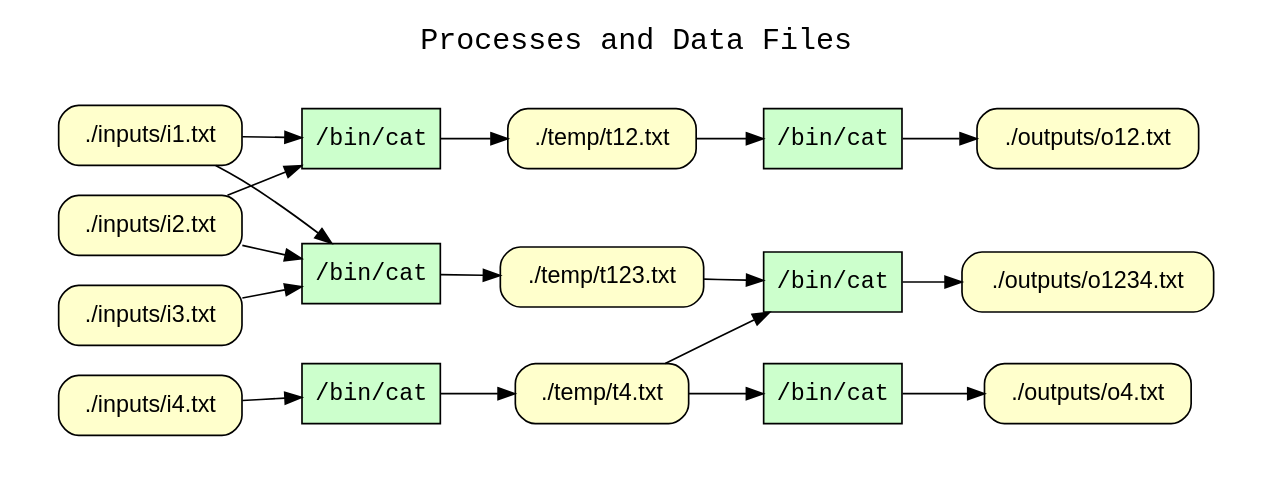
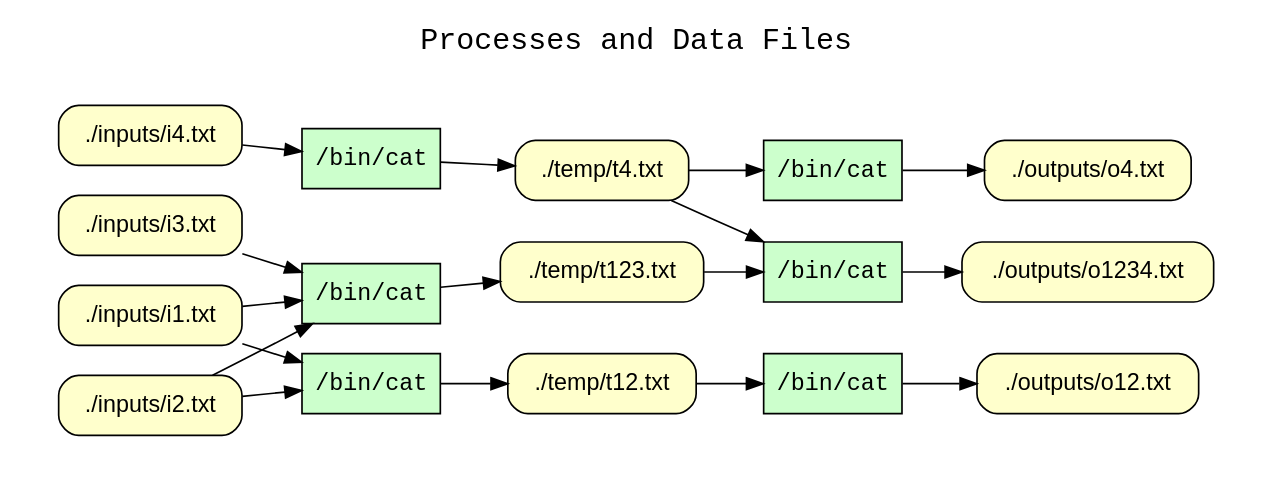
Before and after one commit to CIRSS/cpr: the diagram in examples/08-branched-pipeline/graphs.d/wt_processes_and_data_files.dot, drawn with Graphviz. The commit also changed other lines of this file and 38 other files, not shown here.

```diff
--- a/examples/08-branched-pipeline/graphs.d/wt_processes_and_data_files.dot
+++ b/examples/08-branched-pipeline/graphs.d/wt_processes_and_data_files.dot
@@ -1,43 +1,43 @@
 
 digraph wt_run {
 rankdir=LR
 fontname=Courier; fontsize=18; labelloc=t
 label="Processes and Data Files"
 subgraph cluster_inputs { label=""; color=white; penwidth=0
 subgraph cluster_inputs_inner { label=""; color=white
 node[shape=box style="filled" fillcolor="#CCFFCC" peripheries=1 fontname=Courier]
 "exe:e7" [label="/bin/cat"]
 "exe:e6" [label="/bin/cat"]
 "exe:e5" [label="/bin/cat"]
 "exe:e4" [label="/bin/cat"]
 "exe:e3" [label="/bin/cat"]
 "exe:e2" [label="/bin/cat"]
 node[shape=box style="rounded,filled" fillcolor="#FFFFCC" peripheries=1 fontname=Helvetica]
-"access:i24" [label="./outputs/o1234.txt"]
+"access:i11" [label="./temp/t12.txt"]
+"access:i23" [label="./outputs/o12.txt"]
+"access:i25" [label="./outputs/o4.txt"]
+"access:i17" [label="./inputs/i1.txt"]
+"access:i20" [label="./inputs/i3.txt"]
 "access:i18" [label="./inputs/i2.txt"]
 "access:i21" [label="./temp/t4.txt"]
+"access:i24" [label="./outputs/o1234.txt"]
 "access:i19" [label="./temp/t123.txt"]
 "access:i22" [label="./inputs/i4.txt"]
-"access:i25" [label="./outputs/o4.txt"]
-"access:i11" [label="./temp/t12.txt"]
-"access:i23" [label="./outputs/o12.txt"]
-"access:i17" [label="./inputs/i1.txt"]
-"access:i20" [label="./inputs/i3.txt"]
 "exe:e7" -> "access:i25"
 "exe:e6" -> "access:i24"
 "exe:e5" -> "access:i23"
 "exe:e4" -> "access:i21"
 "exe:e3" -> "access:i19"
 "exe:e2" -> "access:i11"
 "access:i21" -> "exe:e7"
 "access:i19" -> "exe:e6"
 "access:i21" -> "exe:e6"
 "access:i11" -> "exe:e5"
 "access:i22" -> "exe:e4"
 "access:i17" -> "exe:e3"
 "access:i18" -> "exe:e3"
 "access:i20" -> "exe:e3"
 "access:i17" -> "exe:e2"
 "access:i18" -> "exe:e2"
 }}
 }
```
